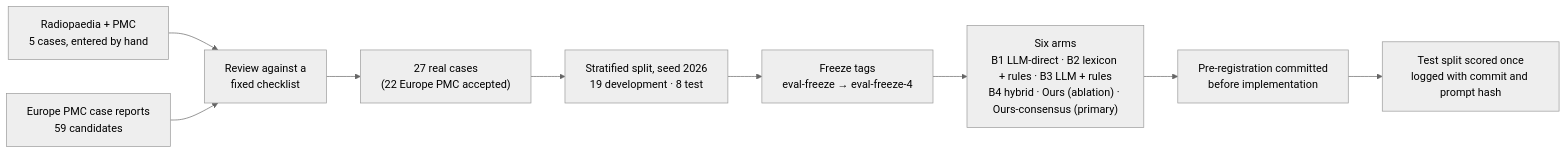
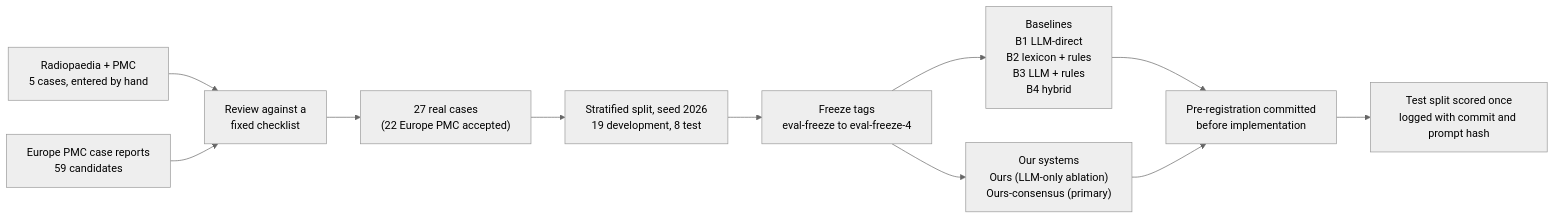
One commit to ManjunathMailey/RADS-Envelope changed the third of 3 diagrams in README.md. Above: the diagram before and after it, drawn with Mermaid (neutral theme). The commit also changed other lines of this file and 5 other files, not shown here.

````diff
--- a/README.md
+++ b/README.md
@@ -115,11 +115,13 @@
 ```mermaid
 flowchart LR
     D1["Radiopaedia + PMC<br/>5 cases, entered by hand"] --> RV["Review against a<br/>fixed checklist"]
     D2["Europe PMC case reports<br/>59 candidates"] --> RV
     RV --> C27["27 real cases<br/>(22 Europe PMC accepted)"]
-    C27 --> SP["Stratified split, seed 2026<br/>19 development · 8 test"]
-    SP --> FZ["Freeze tags<br/>eval-freeze → eval-freeze-4"]
-    FZ --> AR["Six arms<br/>B1 LLM-direct · B2 lexicon + rules · B3 LLM + rules<br/>B4 hybrid · Ours (ablation) · Ours-consensus (primary)"]
-    AR --> PR["Pre-registration committed<br/>before implementation"]
+    C27 --> SP["Stratified split, seed 2026<br/>19 development, 8 test"]
+    SP --> FZ["Freeze tags<br/>eval-freeze to eval-freeze-4"]
+    FZ --> BA["Baselines<br/>B1 LLM-direct<br/>B2 lexicon + rules<br/>B3 LLM + rules<br/>B4 hybrid"]
+    FZ --> OA["Our systems<br/>Ours (LLM-only ablation)<br/>Ours-consensus (primary)"]
+    BA --> PR["Pre-registration committed<br/>before implementation"]
+    OA --> PR
     PR --> TS["Test split scored once<br/>logged with commit and prompt hash"]
 ```
````
